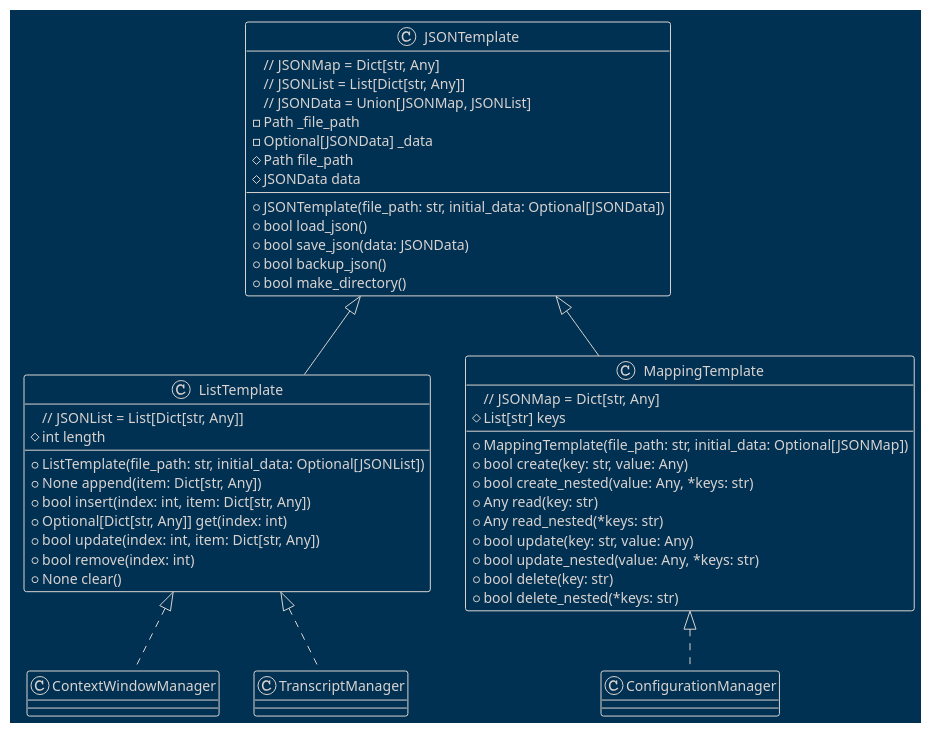
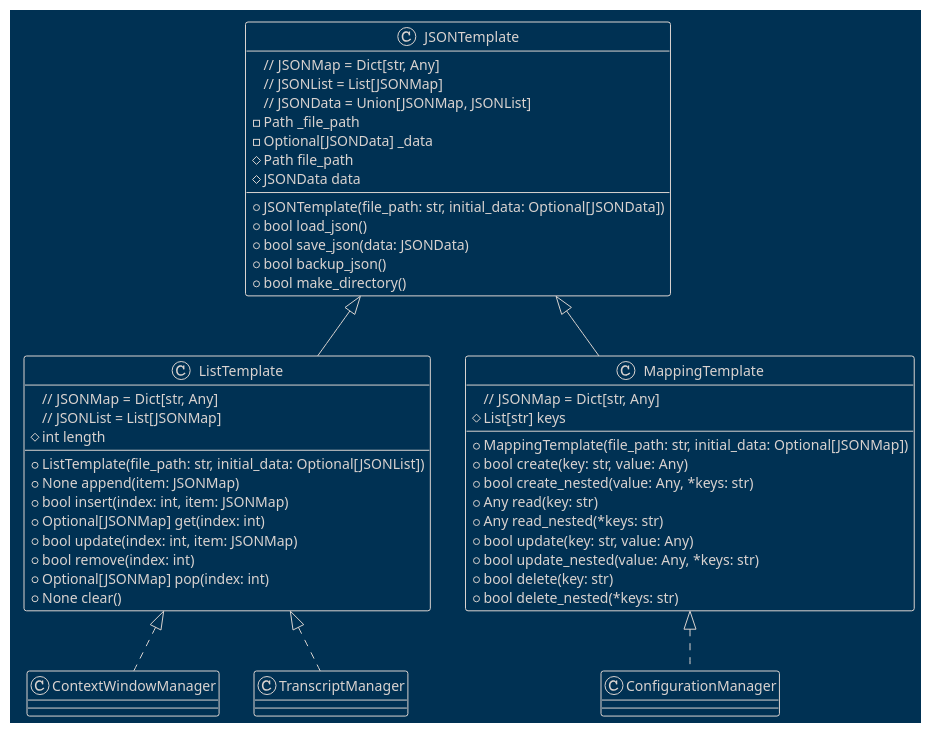
Before and after one commit to teleprint-me/py.gpt.prompt: the diagram in docs/diagrams/plantuml/mapping_templates.puml, drawn with PlantUML. The commit also changed 1 other file, not shown here.

```diff
--- a/docs/diagrams/plantuml/mapping_templates.puml
+++ b/docs/diagrams/plantuml/mapping_templates.puml
@@ -1,53 +1,55 @@
 @startuml MappingTemplates
 !theme blueprint
 
 class JSONTemplate {
     // JSONMap = Dict[str, Any]
-    // JSONList = List[Dict[str, Any]]
+    // JSONList = List[JSONMap]
     // JSONData = Union[JSONMap, JSONList]
     - Path _file_path
     - Optional[JSONData] _data
     + JSONTemplate(file_path: str, initial_data: Optional[JSONData])
     # Path file_path
     # JSONData data
     + bool load_json()
     + bool save_json(data: JSONData)
     + bool backup_json()
     + bool make_directory()
 }
 
 class ListTemplate extends JSONTemplate {
-    // JSONList = List[Dict[str, Any]]
+    // JSONMap = Dict[str, Any]
+    // JSONList = List[JSONMap]
     + ListTemplate(file_path: str, initial_data: Optional[JSONList])
     # int length
-    + None append(item: Dict[str, Any])
-    + bool insert(index: int, item: Dict[str, Any])
-    + Optional[Dict[str, Any]] get(index: int)
-    + bool update(index: int, item: Dict[str, Any])
+    + None append(item: JSONMap)
+    + bool insert(index: int, item: JSONMap)
+    + Optional[JSONMap] get(index: int)
+    + bool update(index: int, item: JSONMap)
     + bool remove(index: int)
+    + Optional[JSONMap] pop(index: int)
     + None clear()
 }
 
 class MappingTemplate extends JSONTemplate {
     // JSONMap = Dict[str, Any]
     + MappingTemplate(file_path: str, initial_data: Optional[JSONMap])
     # List[str] keys
     + bool create(key: str, value: Any)
     + bool create_nested(value: Any, *keys: str)
     + Any read(key: str)
     + Any read_nested(*keys: str)
     + bool update(key: str, value: Any)
     + bool update_nested(value: Any, *keys: str)
     + bool delete(key: str)
     + bool delete_nested(*keys: str)
 }
 
 class ConfigurationManager
 MappingTemplate <|.. ConfigurationManager
 
 class ContextWindowManager
 ListTemplate <|.. ContextWindowManager
 
 class TranscriptManager
 ListTemplate <|.. TranscriptManager
 @enduml
```
